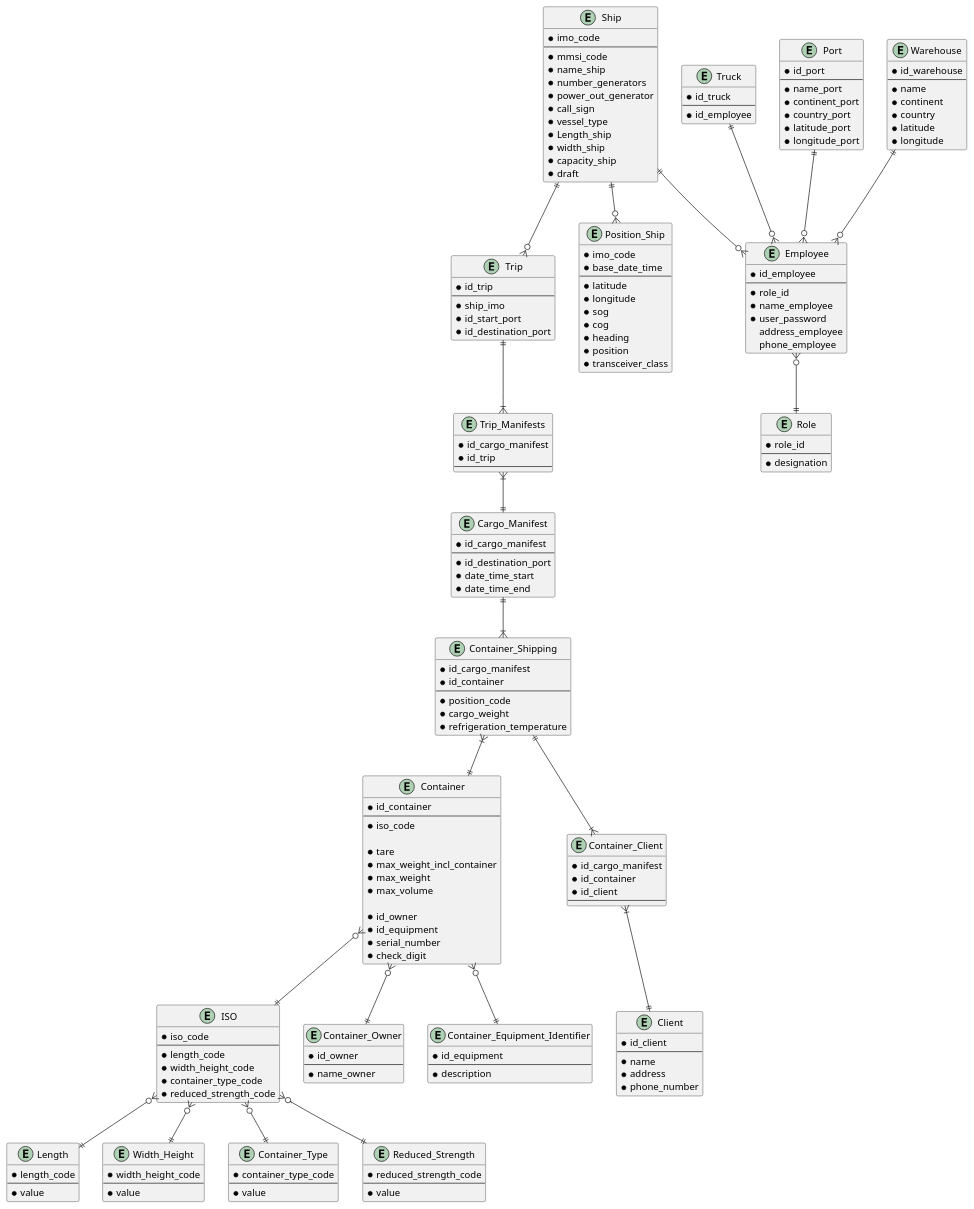
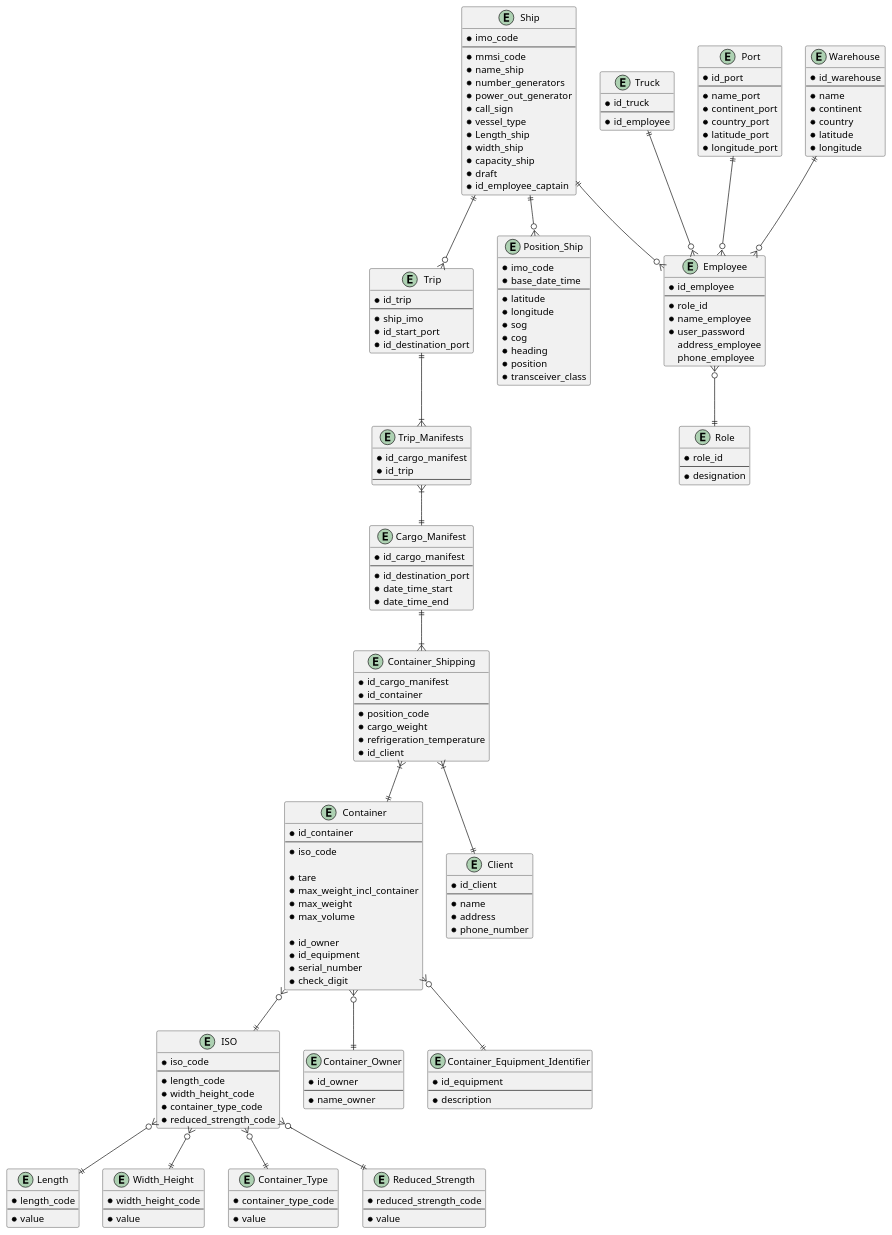
One commit to 1190772/LAB-Project-3 changed the diagram in docs/Sprint 2/US/US108/logical_model.puml. Above: the diagram before and after it, drawn with PlantUML. The commit also changed 2 other files, not shown here.

```diff
--- a/docs/Sprint 2/US/US108/logical_model.puml
+++ b/docs/Sprint 2/US/US108/logical_model.puml
@@ -78,13 +78,7 @@
 * position_code
 * cargo_weight
 * refrigeration_temperature
-}
-
-entity Container_Client {
-* id_cargo_manifest
-* id_container
 * id_client
---
 }
 
 entity Truck {
@@ -106,6 +100,7 @@
 * width_ship
 * capacity_ship
 * draft
+* id_employee_captain
 }
 
 entity Port {
@@ -187,8 +182,7 @@
 Container }o--|| ISO
 Cargo_Manifest ||--|{ Container_Shipping
 Container_Shipping }|--|| Container
-Container_Shipping ||--|{ Container_Client
-Container_Client }|--|| Client
+Container_Shipping }|--|| Client
 Trip ||--|{ Trip_Manifests
 Trip_Manifests }|--|| Cargo_Manifest
 Ship ||--o{ Position_Ship
```
